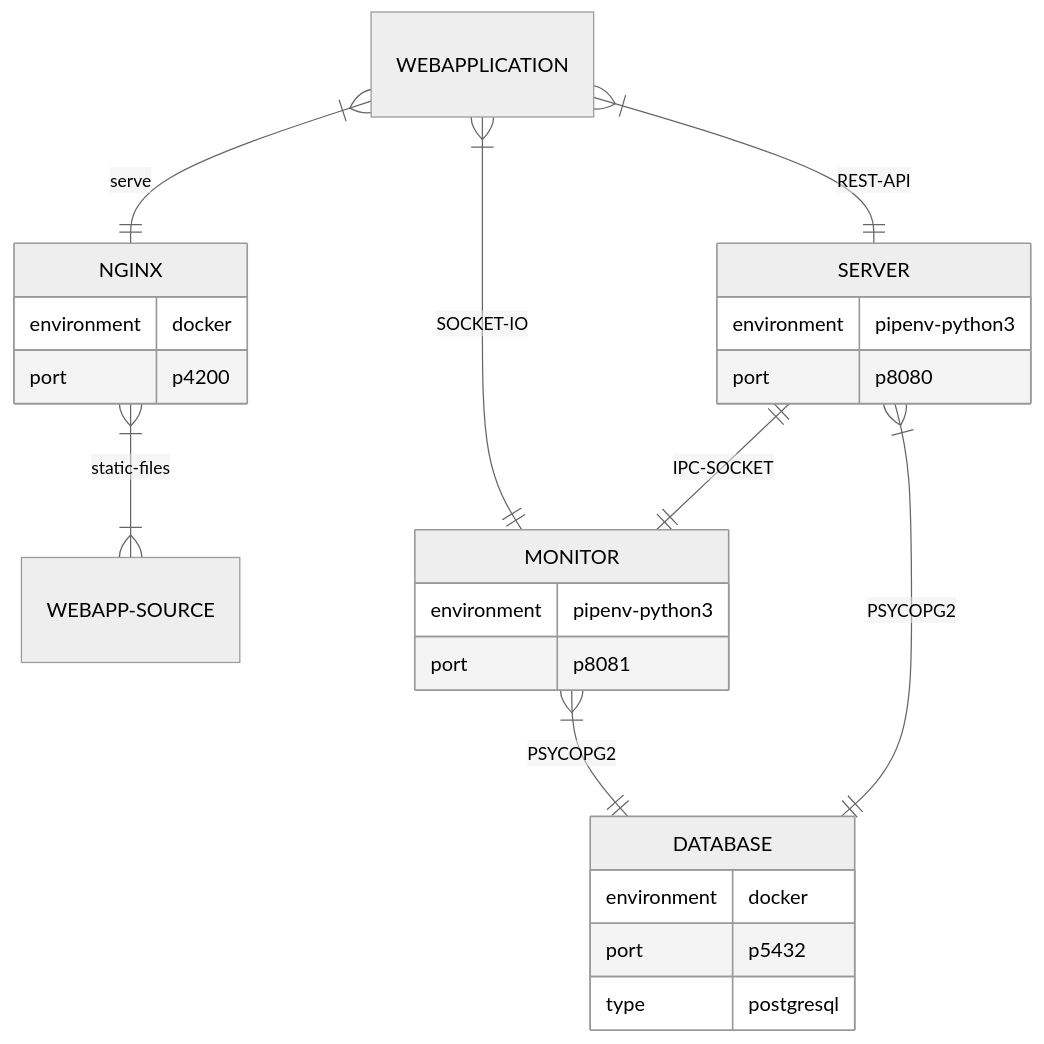
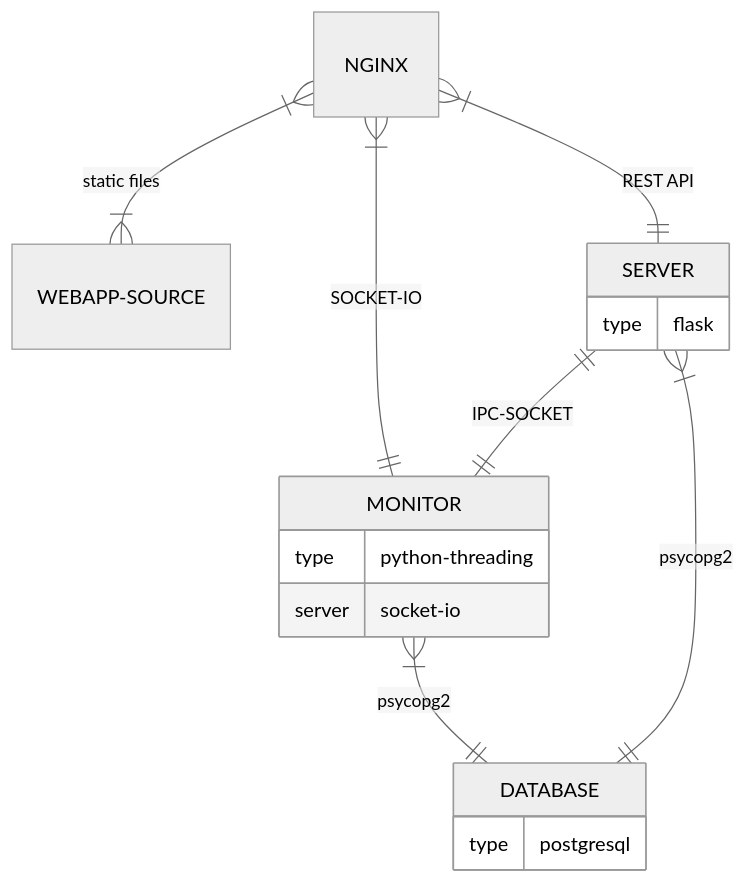
Before and after one commit to ArPIHomeSecurity/arpi_documentation: the diagram in docs/developers/backend.md, drawn with Mermaid (neutral theme). The commit also changed other lines of this file and 4 other files, not shown here.

````diff
--- a/docs/developers/backend.md
+++ b/docs/developers/backend.md
@@ -20,27 +19,19 @@
 ```mermaid
 erDiagram
-  WEBAPPLICATION }|--|| NGINX : serve
-  NGINX {
-    environment docker
-    port p4200
+  NGINX }|--|{ WEBAPP-SOURCE : "static files"
+  NGINX }|--|| SERVER : "REST API"
+  NGINX }|--|| MONITOR : SOCKET-IO
+  SERVER ||--|| MONITOR : IPC-SOCKET
+  SERVER {
+    type flask
   }
-  NGINX }|--|{ WEBAPP-SOURCE : static-files
-  WEBAPPLICATION }|--|| SERVER : REST-API
-  SERVER {
-    environment pipenv-python3
-    port p8080
+  MONITOR }|--|| DATABASE : psycopg2
+  MONITOR {
+    type python-threading
+    server socket-io
   }
-  WEBAPPLICATION }|--|| MONITOR : SOCKET-IO
-  MONITOR {
-    environment pipenv-python3
-    port p8081
-  }
-  SERVER ||--|| MONITOR : IPC-SOCKET
-  MONITOR }|--|| DATABASE : PSYCOPG2
-  SERVER }|--|| DATABASE : PSYCOPG2
+  SERVER }|--|| DATABASE : psycopg2
   DATABASE {
-    environment docker
-    port p5432
     type postgresql
   }
 ```
````
